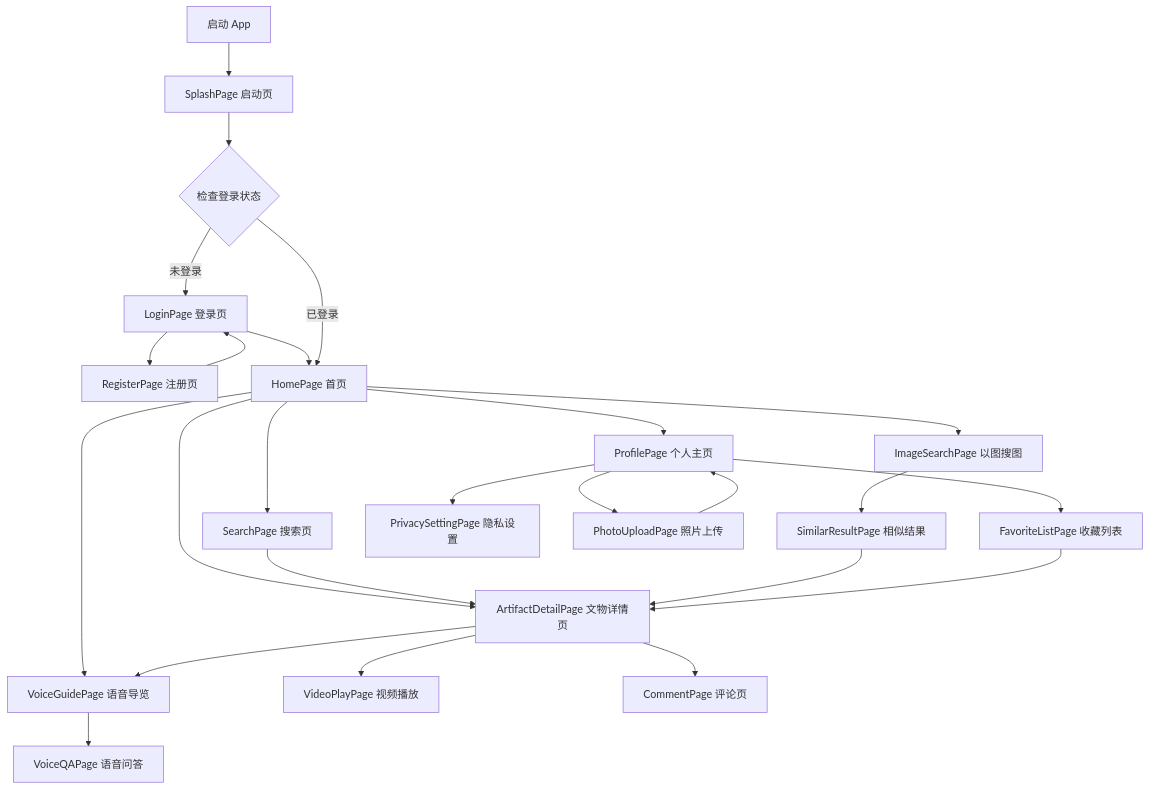
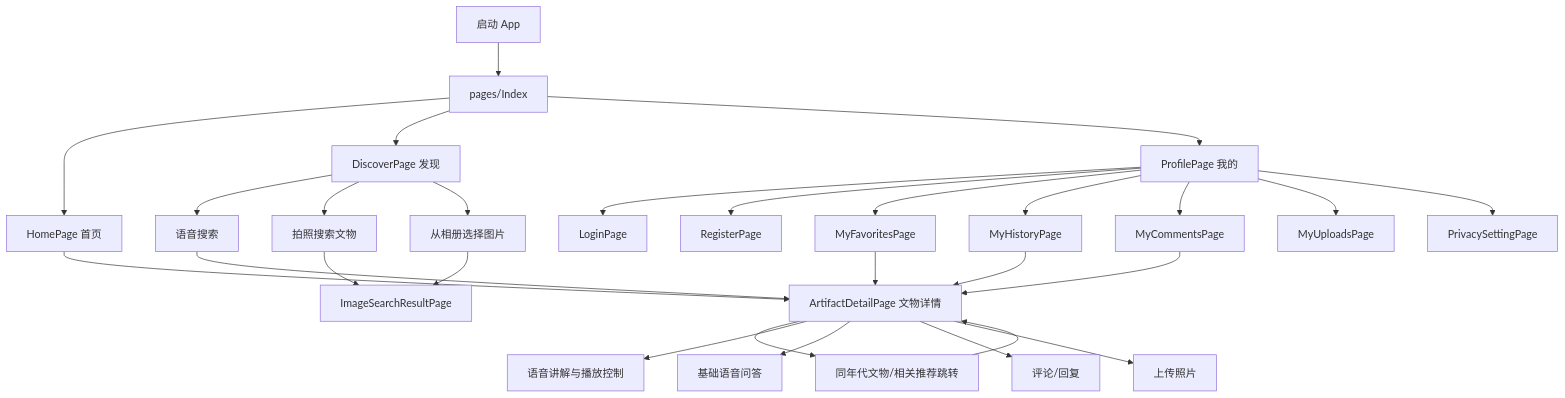
Before and after one commit to BUCT-CS2301/PalmMuseum: the second of 8 diagrams in Doc/设计文档.md, drawn with Mermaid. The commit also changed other lines of this file, not shown here.

````diff
--- a/Doc/设计文档.md
+++ b/Doc/设计文档.md
@@ -138,36 +147,35 @@
 ```mermaid
 flowchart TD
-    Start[启动 App] --> Splash[SplashPage 启动页]
-    Splash --> CheckLogin{检查登录状态}
-    
-    CheckLogin -- 未登录 --> Login[LoginPage 登录页]
-    Login --> Register[RegisterPage 注册页]
-    Register --> Login
-    Login --> Home
-    
-    CheckLogin -- 已登录 --> Home[HomePage 首页]
-    
-    Home --> Detail[ArtifactDetailPage 文物详情页]
-    Home --> Search[SearchPage 搜索页]
-    Home --> ImageSearch[ImageSearchPage 以图搜图]
-    Home --> Voice[VoiceGuidePage 语音导览]
-    Home --> Profile[ProfilePage 个人主页]
-    
-    Detail --> Video[VideoPlayPage 视频播放]
-    Detail --> Comment[CommentPage 评论页]
-    Detail --> Voice
-    
-    Search --> Detail
-    
-    ImageSearch --> Similar[SimilarResultPage 相似结果]
-    Similar --> Detail
-    
-    Voice --> VoiceQA[VoiceQAPage 语音问答]
-    
-    Profile --> Favorite[FavoriteListPage 收藏列表]
-    Profile --> Privacy[PrivacySettingPage 隐私设置]
-    Profile --> Photo[PhotoUploadPage 照片上传]
-    
-    Favorite --> Detail
-    Photo --> Profile
+    Start[启动 App] --> Index[pages/Index]
+    Index --> Home[HomePage 首页]
+    Index --> Discover[DiscoverPage 发现]
+    Index --> Profile[ProfilePage 我的]
+
+    Home --> Detail[ArtifactDetailPage 文物详情]
+    Detail --> Detail2[同年代文物/相关推荐跳转]
+    Detail2 --> Detail
+
+    Discover --> VoiceSearch[语音搜索]
+    VoiceSearch --> Detail
+    Discover --> Camera[拍照搜索文物]
+    Discover --> Album[从相册选择图片]
+    Camera --> ImageResult[ImageSearchResultPage]
+    Album --> ImageResult
+
+    Detail --> VoiceGuide[语音讲解与播放控制]
+    Detail --> VoiceQA[基础语音问答]
+    Detail --> Comment[评论/回复]
+    Detail --> Upload[上传照片]
+
+    Profile --> Login[LoginPage]
+    Profile --> Register[RegisterPage]
+    Profile --> Favorites[MyFavoritesPage]
+    Profile --> History[MyHistoryPage]
+    Profile --> Comments[MyCommentsPage]
+    Profile --> Uploads[MyUploadsPage]
+    Profile --> Privacy[PrivacySettingPage]
+
+    Favorites --> Detail
+    History --> Detail
+    Comments --> Detail
 ```
````
